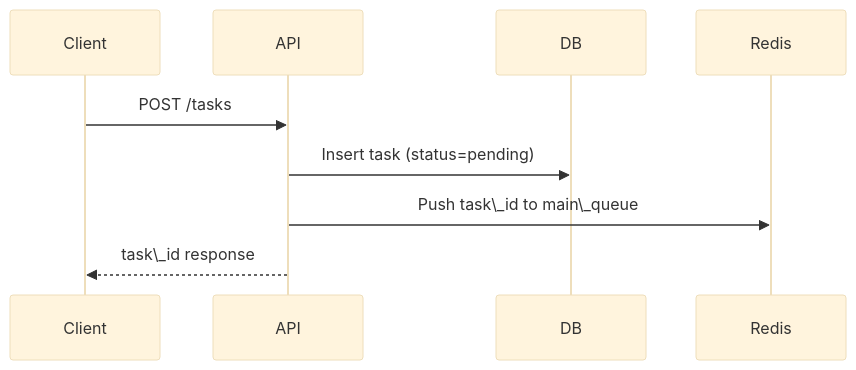
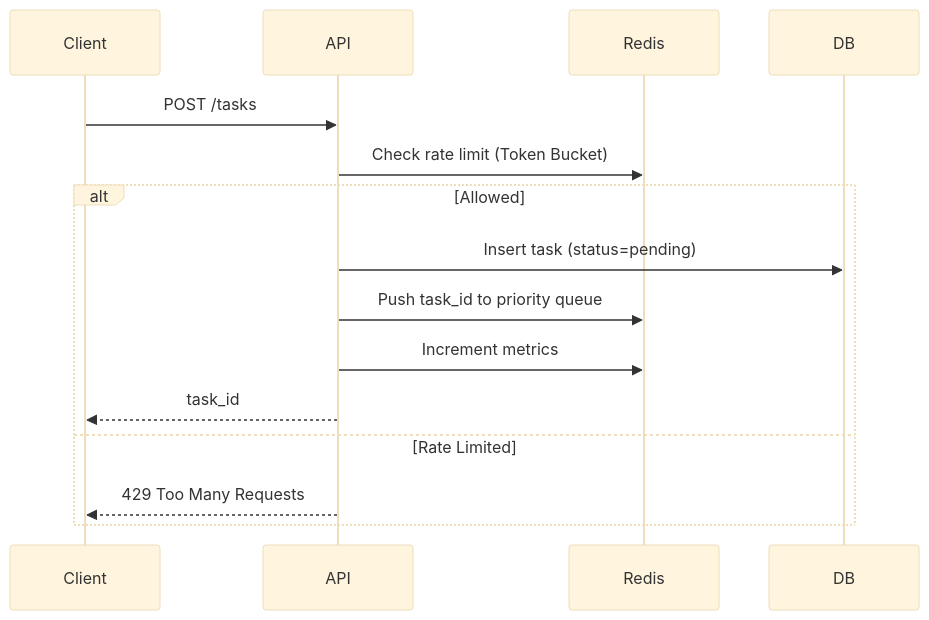
One commit to HVC640/Distributed-Task-Processing-Platform changed the second of 12 diagrams in architecture-diagram.md. Above: the diagram before and after it, drawn with Mermaid (base theme). The commit also changed other lines of this file and 4 other files, not shown here.

Commit message:
Enhance system documentation and architecture diagrams; add README with project overview, features, and setup instructions

````diff
--- a/architecture-diagram.md
+++ b/architecture-diagram.md
@@ -91,25 +43,20 @@
 ```mermaid
-
 sequenceDiagram
 
-
-
 participant Client
-
 participant API
-
+participant Redis
 participant DB
 
-participant Redis
+Client->>API: POST /tasks
+API->>Redis: Check rate limit (Token Bucket)
 
-
-
-Client->>API: POST /tasks
-
-API->>DB: Insert task (status=pending)
-
-API->>Redis: Push task\_id to main\_queue
-
-API-->>Client: task\_id response
-
+alt Allowed
+    API->>DB: Insert task (status=pending)
+    API->>Redis: Push task_id to priority queue
+    API->>Redis: Increment metrics
+    API-->>Client: task_id
+else Rate Limited
+    API-->>Client: 429 Too Many Requests
+end
 ```
````
